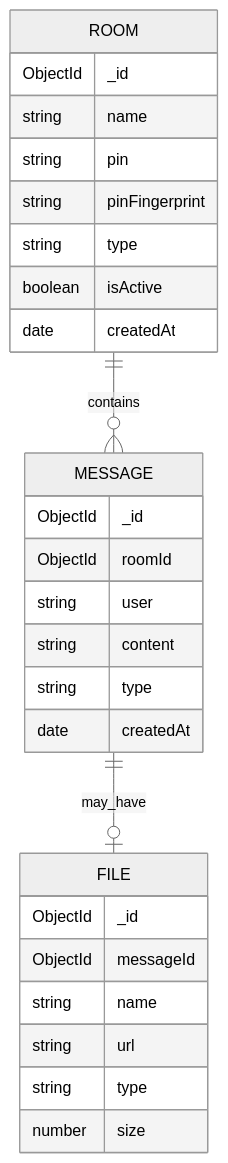
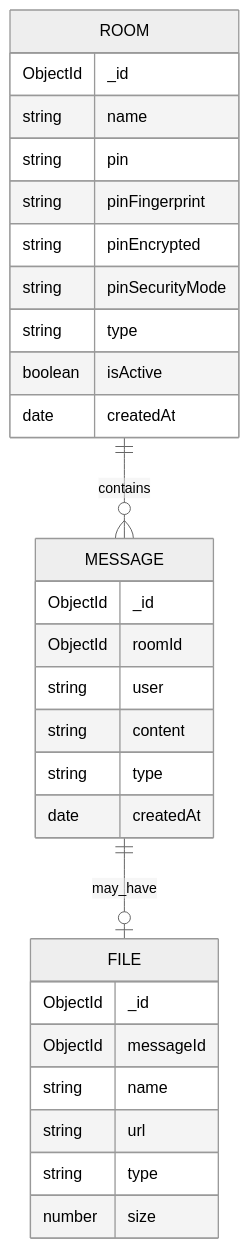
Before and after one commit to JulioViche/realtime-chat-websockets: the third of 3 diagrams in README.md, drawn with Mermaid (neutral theme). The commit also changed other lines of this file and 41 other files, not shown here.

````diff
--- a/README.md
+++ b/README.md
@@ -477,33 +492,35 @@
 ```mermaid
 erDiagram
   ROOM ||--o{ MESSAGE : contains
   MESSAGE ||--o| FILE : may_have
 
   ROOM {
     ObjectId _id
     string name
     string pin
     string pinFingerprint
+    string pinEncrypted
+    string pinSecurityMode
     string type
     boolean isActive
     date createdAt
   }
 
   MESSAGE {
     ObjectId _id
     ObjectId roomId
     string user
     string content
     string type
     date createdAt
   }
 
   FILE {
     ObjectId _id
     ObjectId messageId
     string name
     string url
     string type
     number size
   }
 ```
````
